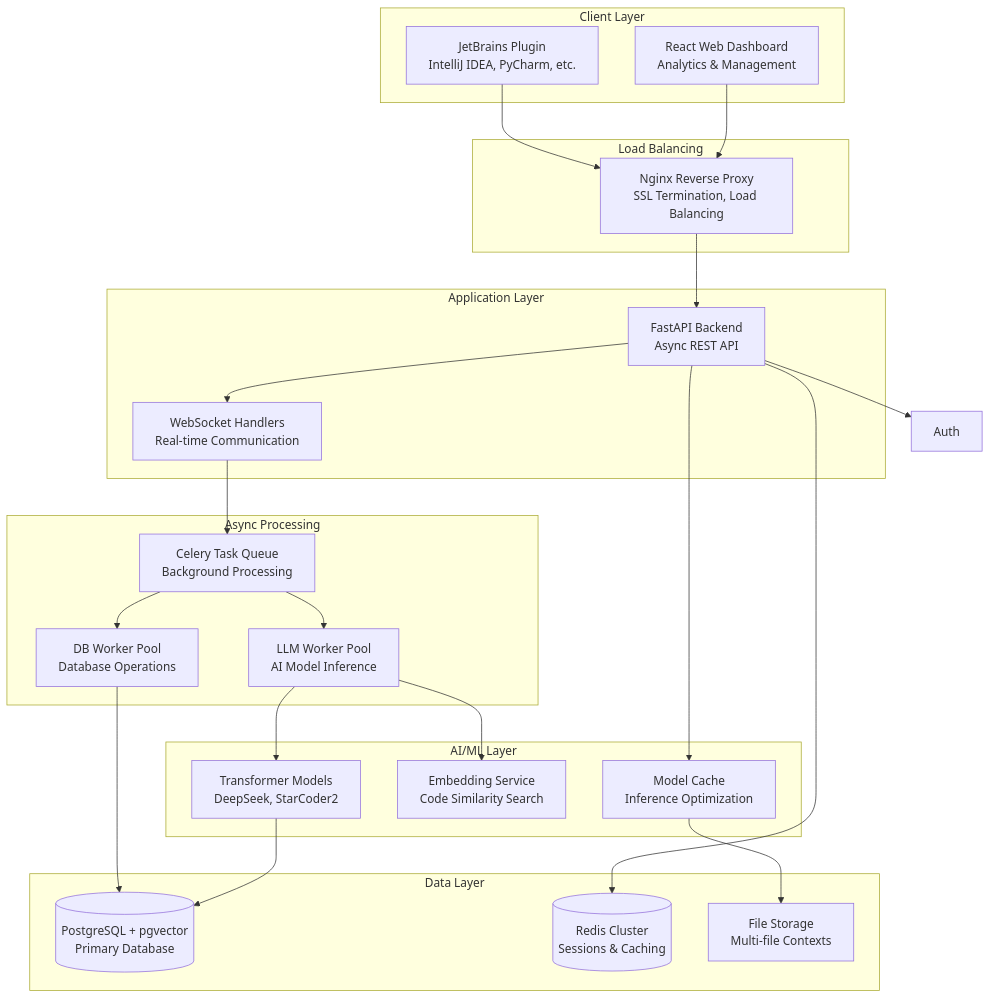
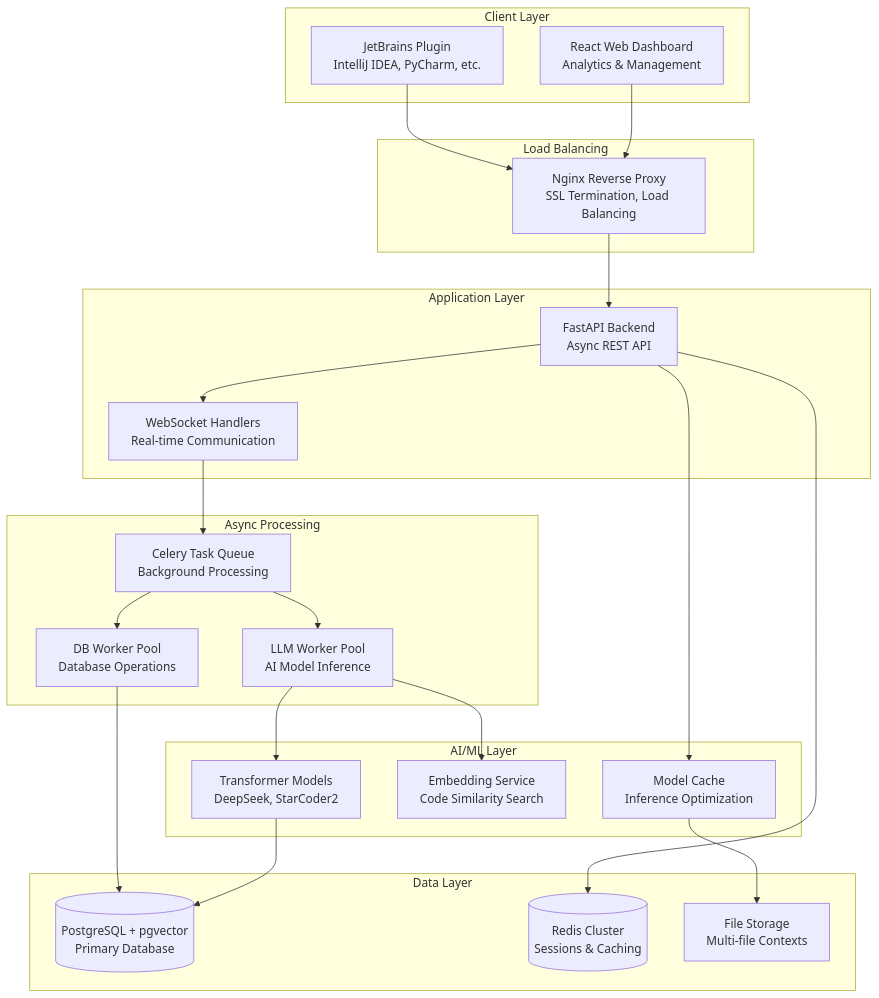
One commit to AISE-TUDelft/code4me2-server changed the first of 6 diagrams in README.md. Above: the diagram before and after it, drawn with Mermaid.

Commit message:
[Documentation]:minor adjustments

````diff
--- a/README.md
+++ b/README.md
@@ -252,50 +252,49 @@
 ```mermaid
 graph TB
     subgraph "Client Layer"
         Plugin[JetBrains Plugin<br/>IntelliJ IDEA, PyCharm, etc.]
         Web[React Web Dashboard<br/>Analytics & Management]
     end
 
     subgraph "Load Balancing"
         Nginx[Nginx Reverse Proxy<br/>SSL Termination, Load Balancing]
     end
 
     subgraph "Application Layer"
         API[FastAPI Backend<br/>Async REST API]
         WS[WebSocket Handlers<br/>Real-time Communication]
     end
 
     subgraph "Async Processing"
         Celery[Celery Task Queue<br/>Background Processing]
         Worker1[LLM Worker Pool<br/>AI Model Inference]
         Worker2[DB Worker Pool<br/>Database Operations]
     end
 
     subgraph "AI/ML Layer"
         Models[Transformer Models<br/>DeepSeek, StarCoder2]
         Embeddings[Embedding Service<br/>Code Similarity Search]
         Cache[Model Cache<br/>Inference Optimization]
     end
 
     subgraph "Data Layer"
         DB[(PostgreSQL + pgvector<br/>Primary Database)]
         Redis[(Redis Cluster<br/>Sessions & Caching)]
         Storage[File Storage<br/>Multi-file Contexts]
     end
 
     Plugin --> Nginx
     Web --> Nginx
     Nginx --> API
     API --> WS
-    API --> Auth
     WS --> Celery
     Celery --> Worker1
     Celery --> Worker2
     Worker1 --> Models
     Worker1 --> Embeddings
     Worker2 --> DB
     API --> Cache
     API --> Redis
     Models --> DB
     Cache --> Storage
 ```
````
